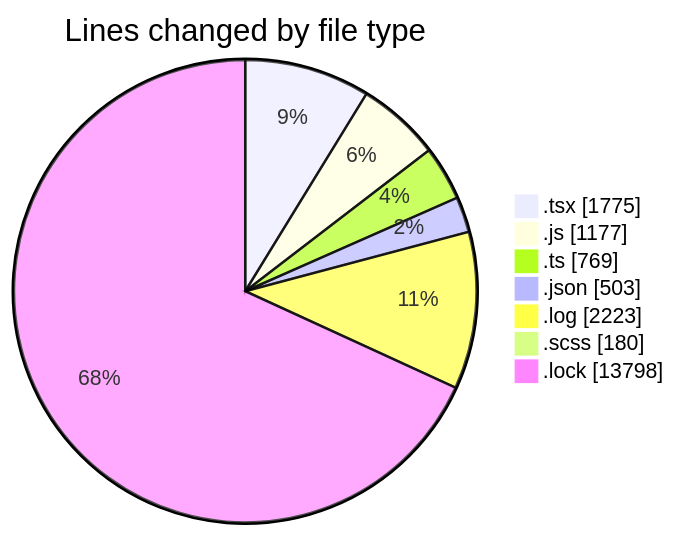
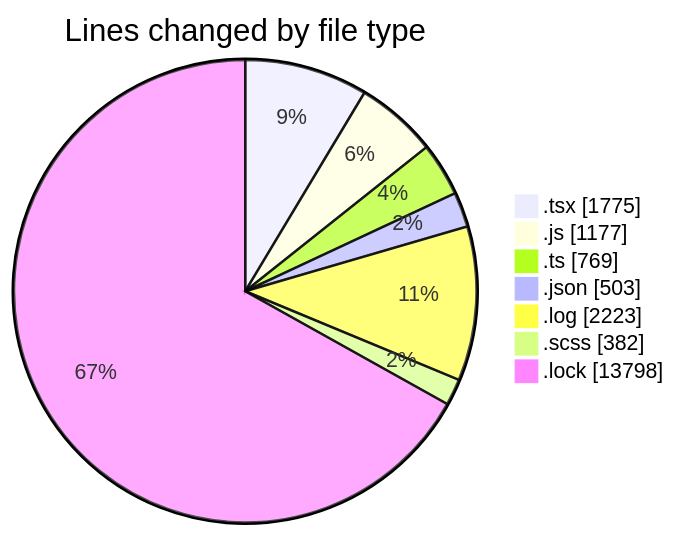
Before and after one commit to momahboobian/code-tracking: the first of 2 diagrams in 2026-04-17/cda/README.md, drawn with Mermaid. The commit also changed other lines of this file and 1 other file, not shown here.

````diff
--- a/2026-04-17/cda/README.md
+++ b/2026-04-17/cda/README.md
@@ -45,11 +46,11 @@
 ```mermaid
 pie showData
 title Lines changed by file type
 ".tsx" : 1775
 ".js" : 1177
 ".ts" : 769
 ".json" : 503
 ".log" : 2223
-".scss" : 180
+".scss" : 382
 ".lock" : 13798
 ```
````
